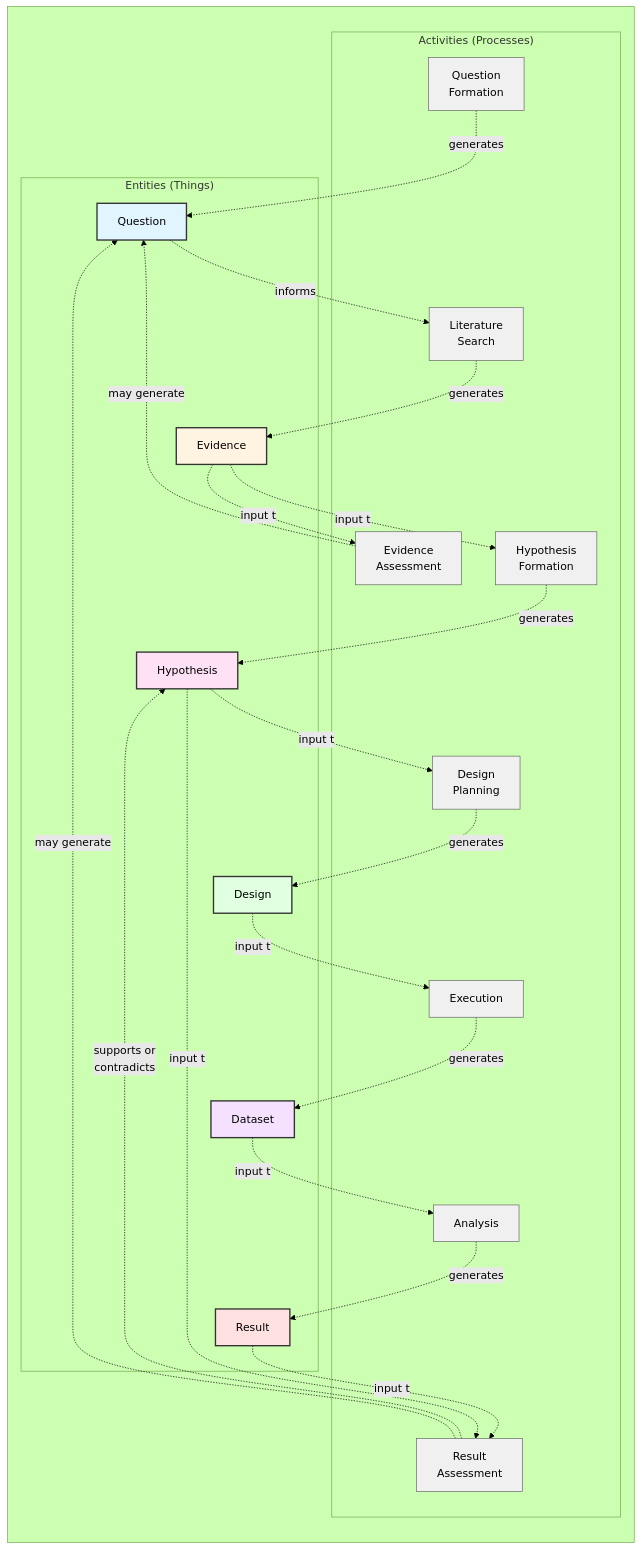
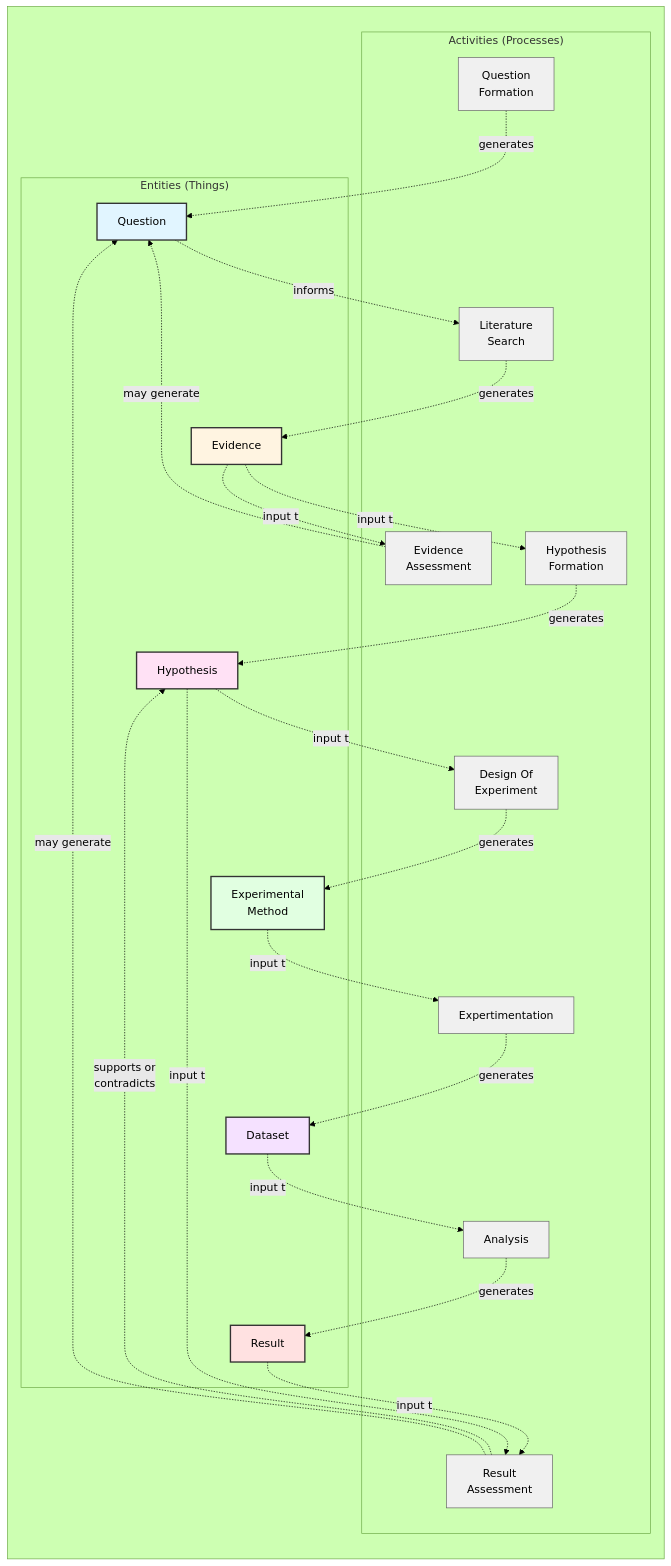
Before and after one commit to padamson/scimantic: the diagram in docs/00-why-vision.md, drawn with Mermaid (forest theme). The commit also changed other lines of this file and 26 other files, not shown here.

````diff
--- a/docs/00-why-vision.md
+++ b/docs/00-why-vision.md
@@ -15,58 +15,58 @@
 ```mermaid
 graph TB
     subgraph " "
         direction TB
         subgraph "Entities (Things)"
             Q[Question]
             E[Evidence]
             H[Hypothesis]
-            D[Design]
+            EM[Experimental<br/>Method]
             DS[Dataset]
             R[Result]
         end
 
         subgraph "Activities (Processes)"
             QF[Question<br/>Formation]
             LS[Literature<br/>Search]
             EA[Evidence<br/>Assessment]
             HF[Hypothesis<br/>Formation]
-            DP[Design<br/>Planning]
-            EX[Execution]
+            DOE[Design Of<br/>Experiment]
+            EX[Expertimentation]
             AN[Analysis]
             RA[Result<br/>Assessment]
         end
     end
 
     QF -.generates.-> Q
     Q -.informs.-> LS
     LS -.generates.-> E
     E -.input to.-> EA
     EA -.may generate.-> Q
     E -.input to.-> HF
     HF -.generates.-> H
-    H -.input to.-> DP
-    DP -.generates.-> D
-    D -.input to.-> EX
+    H -.input to.-> DOE
+    DOE -.generates.-> EM
+    EM -.input to.-> EX
     EX -.generates.-> DS
     DS -.input to.-> AN
     AN -.generates.-> R
     R -.input to.-> RA
     H -.input to.-> RA
     RA -.supports or<br/>contradicts.-> H
     RA -.may generate.-> Q
 
     style Q fill:#e1f5ff,stroke:#333,stroke-width:2px
     style E fill:#fff4e1,stroke:#333,stroke-width:2px
     style H fill:#ffe1f5,stroke:#333,stroke-width:2px
-    style D fill:#e1ffe1,stroke:#333,stroke-width:2px
+    style EM fill:#e1ffe1,stroke:#333,stroke-width:2px
     style DS fill:#f5e1ff,stroke:#333,stroke-width:2px
     style R fill:#ffe1e1,stroke:#333,stroke-width:2px
     style QF fill:#f0f0f0,stroke:#666,stroke-width:1px
     style LS fill:#f0f0f0,stroke:#666,stroke-width:1px
     style EA fill:#f0f0f0,stroke:#666,stroke-width:1px
     style HF fill:#f0f0f0,stroke:#666,stroke-width:1px
-    style DP fill:#f0f0f0,stroke:#666,stroke-width:1px
+    style DOE fill:#f0f0f0,stroke:#666,stroke-width:1px
     style EX fill:#f0f0f0,stroke:#666,stroke-width:1px
     style AN fill:#f0f0f0,stroke:#666,stroke-width:1px
     style RA fill:#f0f0f0,stroke:#666,stroke-width:1px
 ```
````
